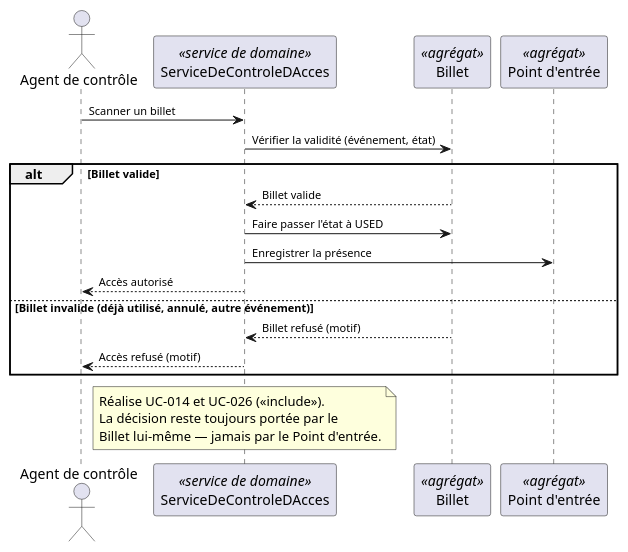
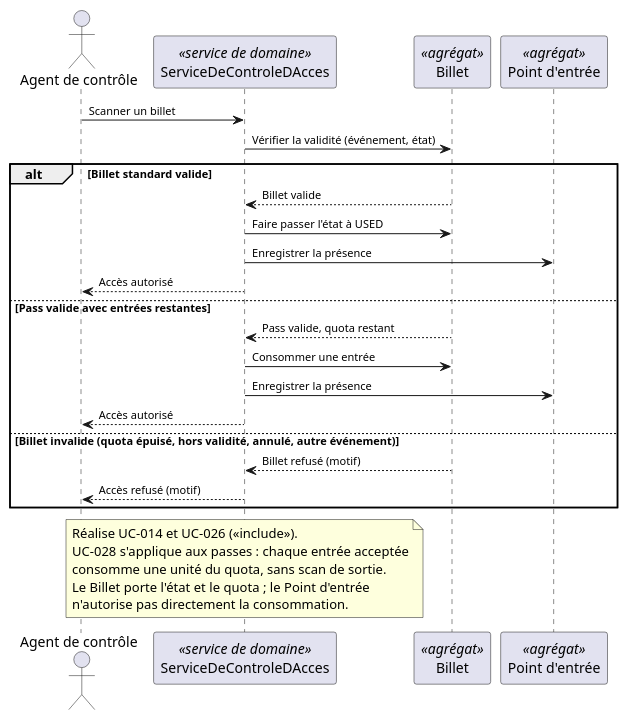
Before and after one commit to SamuHabra/eventix-documentation: the seventh of 11 diagrams in docs/06-modelisation-uml/diagrammes-de-sequence.md, drawn with PlantUML. The commit also changed other lines of this file and 67 other files, not shown here.

````diff
--- a/docs/06-modelisation-uml/diagrammes-de-sequence.md
+++ b/docs/06-modelisation-uml/diagrammes-de-sequence.md
@@ -302,27 +309,34 @@
 ```plantuml
 @startuml seq-07a-controle-acces
 skinparam ArrowFontSize 11
 actor "Agent de contrôle" as AG
 participant "ServiceDeControleDAcces" as SVC <<service de domaine>>
 participant "Billet" as BIL <<agrégat>>
 participant "Point d'entrée" as PDE <<agrégat>>
 
 AG -> SVC : Scanner un billet
 SVC -> BIL : Vérifier la validité (événement, état)
 
-alt Billet valide
+alt Billet standard valide
   BIL --> SVC : Billet valide
   SVC -> BIL : Faire passer l'état à USED
   SVC -> PDE : Enregistrer la présence
   SVC --> AG : Accès autorisé
-else Billet invalide (déjà utilisé, annulé, autre événement)
+else Pass valide avec entrées restantes
+  BIL --> SVC : Pass valide, quota restant
+  SVC -> BIL : Consommer une entrée
+  SVC -> PDE : Enregistrer la présence
+  SVC --> AG : Accès autorisé
+else Billet invalide (quota épuisé, hors validité, annulé, autre événement)
   BIL --> SVC : Billet refusé (motif)
   SVC --> AG : Accès refusé (motif)
 end
 note over SVC
   Réalise UC-014 et UC-026 (<<include>>).
-  La décision reste toujours portée par le
-  Billet lui-même — jamais par le Point d'entrée.
+  UC-028 s'applique aux passes : chaque entrée acceptée
+  consomme une unité du quota, sans scan de sortie.
+  Le Billet porte l'état et le quota ; le Point d'entrée
+  n'autorise pas directement la consommation.
 end note
 @enduml
 ```
````
